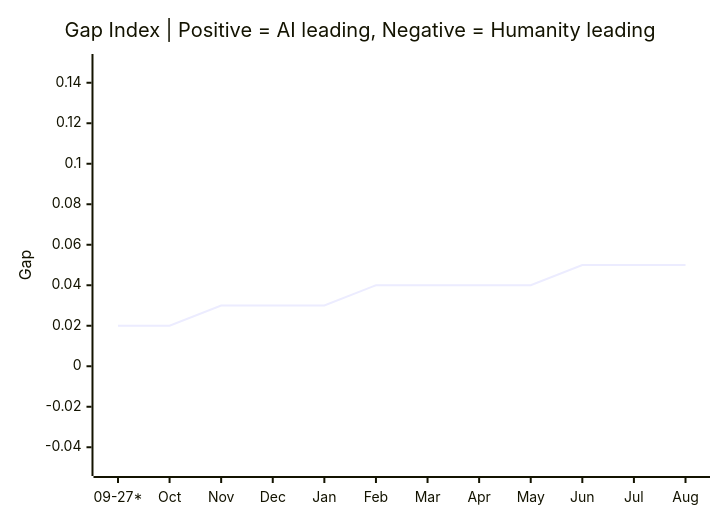
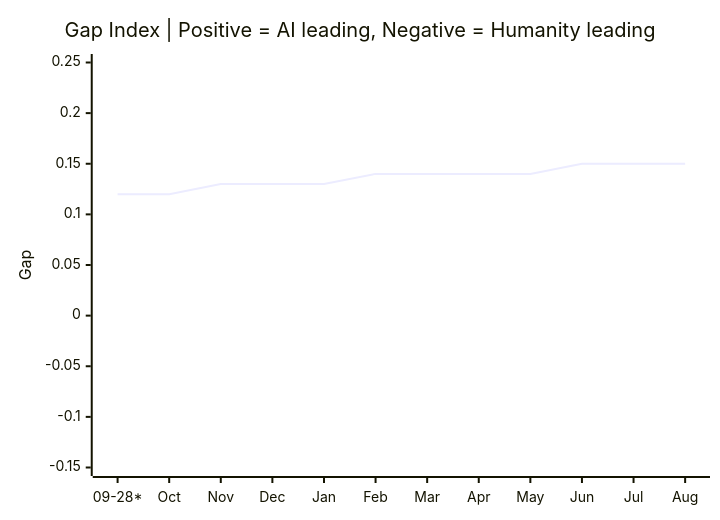
The second of 2 diagrams in README.md (VQQLK/Human-AI-Monitor), drawn with Mermaid before and after one commit. The commit also changed other lines of this file and 2 other files, not shown here.

````diff
--- a/README.md
+++ b/README.md
@@ -43,7 +44,7 @@
 ```mermaid
 xychart-beta
     title "Gap Index | Positive = AI leading, Negative = Humanity leading"
-    x-axis ["09-27*", "Oct", "Nov", "Dec", "Jan", "Feb", "Mar", "Apr", "May", "Jun", "Jul", "Aug"]
-    y-axis "Gap" -0.05 --> 0.15
-    line [0.02, 0.02, 0.03, 0.03, 0.03, 0.04, 0.04, 0.04, 0.04, 0.05, 0.05, 0.05]
+    x-axis ["09-28*", "Oct", "Nov", "Dec", "Jan", "Feb", "Mar", "Apr", "May", "Jun", "Jul", "Aug"]
+    y-axis "Gap" -0.15 --> 0.25
+    line [0.12, 0.12, 0.13, 0.13, 0.13, 0.14, 0.14, 0.14, 0.14, 0.15, 0.15, 0.15]
 ```
````
